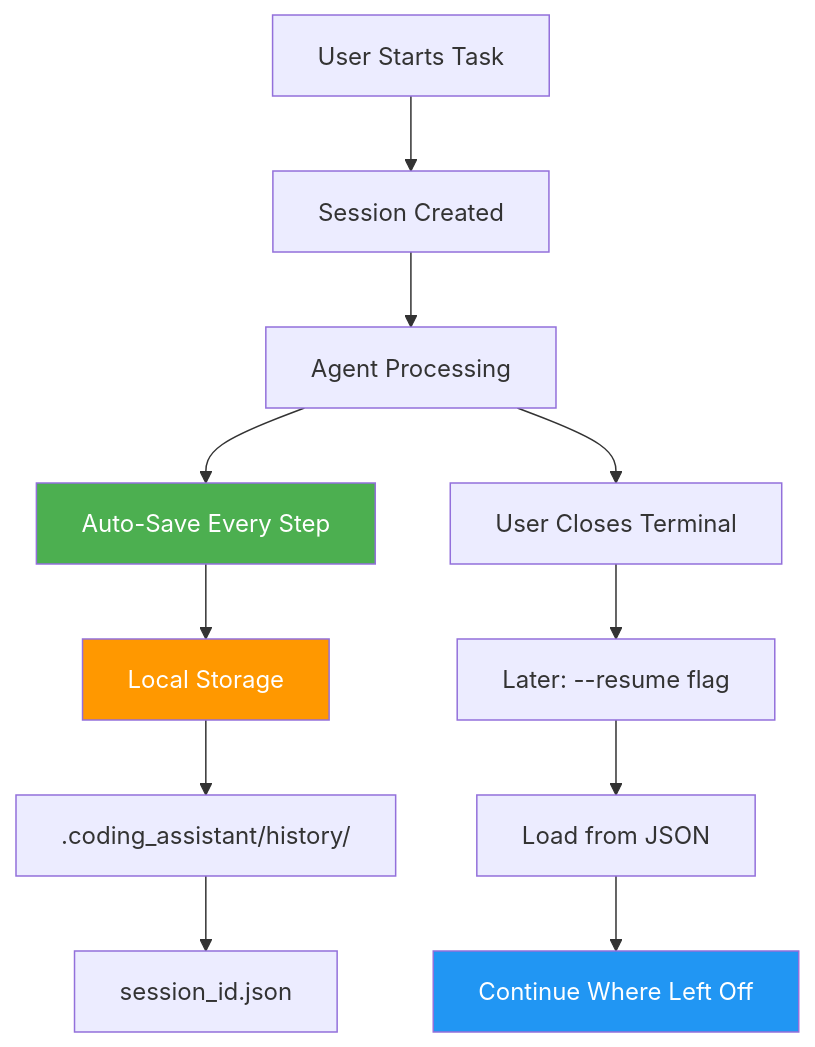
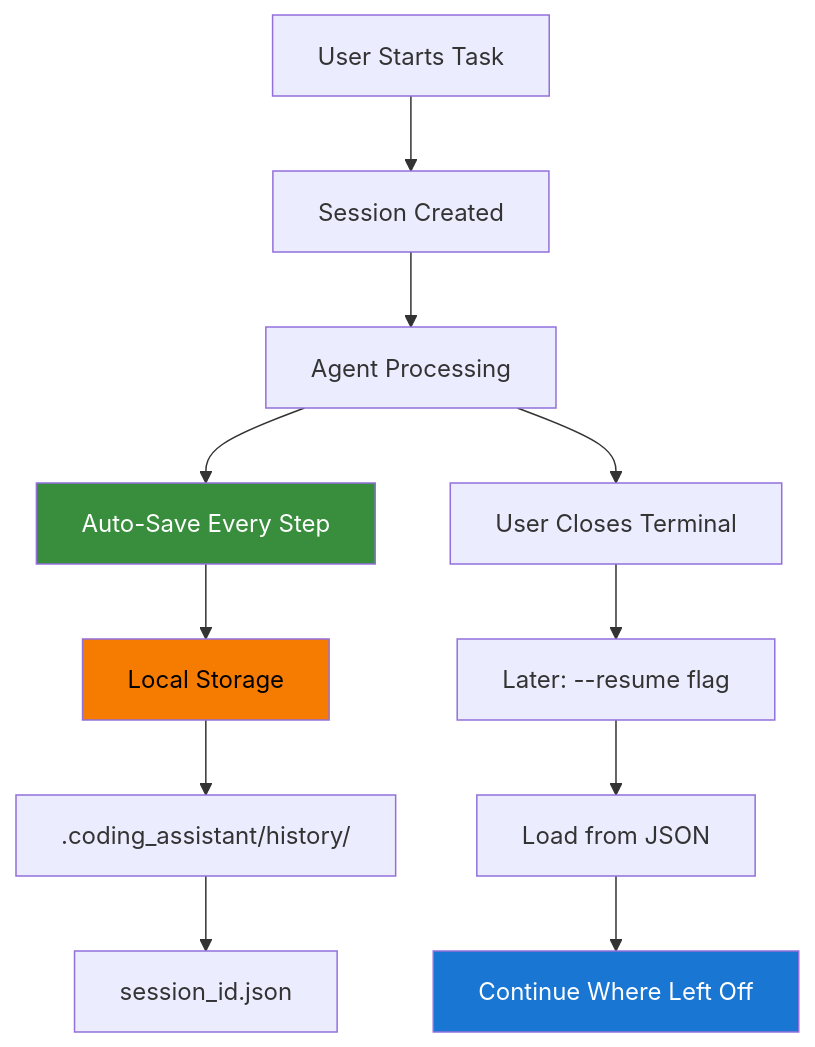
Before and after one commit to fwornle/agentic-ai-nano: the eighth of 15 diagrams in docs-content/01_frameworks/Session1_ModuleD_Coding_Assistant_Case_Study.md, drawn with Mermaid. The commit also changed other lines of this file, not shown here.

````diff
--- a/docs-content/01_frameworks/Session1_ModuleD_Coding_Assistant_Case_Study.md
+++ b/docs-content/01_frameworks/Session1_ModuleD_Coding_Assistant_Case_Study.md
@@ -471,19 +471,19 @@
 ```mermaid
 graph TD
     U[User Starts Task] --> S[Session Created]
     S --> A[Agent Processing]
     A --> SAVE[Auto-Save Every Step]
     
     SAVE --> STORAGE[Local Storage]
     STORAGE --> SESSION[.coding_assistant/history/]
     SESSION --> JSON[session_id.json]
     
     A --> INTERRUPT[User Closes Terminal]
     INTERRUPT --> RESUME[Later: --resume flag]
     RESUME --> LOAD[Load from JSON]
     LOAD --> CONTINUE[Continue Where Left Off]
     
-    style SAVE fill:#4CAF50,color:#ffffff
-    style STORAGE fill:#FF9800,color:#ffffff
-    style CONTINUE fill:#2196F3,color:#ffffff
+    style SAVE fill:#388E3C,color:#ffffff
+    style STORAGE fill:#F57C00,color:#000000
+    style CONTINUE fill:#1976D2,color:#ffffff
 ```
````
